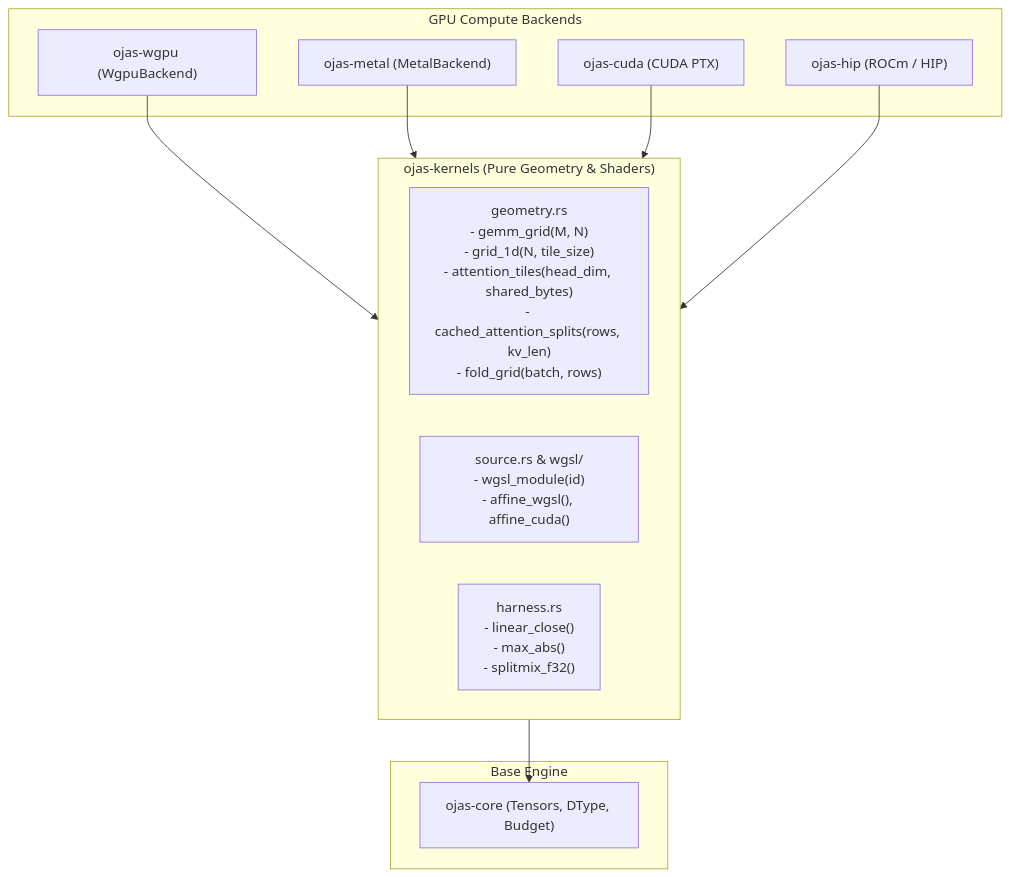
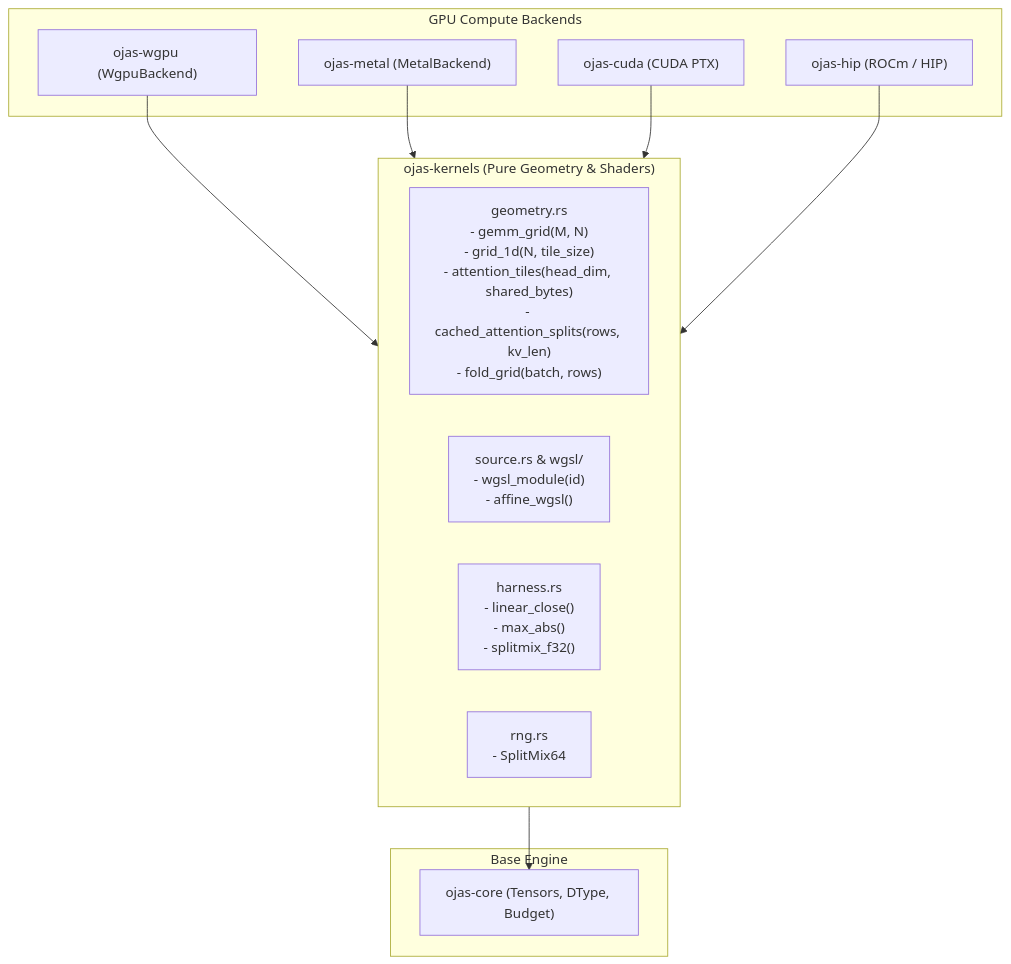
The first of 3 diagrams in ojas-kernels/README.md (bharathvbcr/ojas), drawn with Mermaid before and after one commit. The commit also changed other lines of this file and 43 other files, not shown here.

````diff
--- a/ojas-kernels/README.md
+++ b/ojas-kernels/README.md
@@ -14,25 +14,26 @@
 ```mermaid
 flowchart TD
     subgraph Consumers["GPU Compute Backends"]
         WGPU["ojas-wgpu (WgpuBackend)"]
         Metal["ojas-metal (MetalBackend)"]
         CUDA["ojas-cuda (CUDA PTX)"]
         HIP["ojas-hip (ROCm / HIP)"]
     end
 
     subgraph KernelSubstrate["ojas-kernels (Pure Geometry & Shaders)"]
         Geo["geometry.rs\n- gemm_grid(M, N)\n- grid_1d(N, tile_size)\n- attention_tiles(head_dim, shared_bytes)\n- cached_attention_splits(rows, kv_len)\n- fold_grid(batch, rows)"]
-        Src["source.rs & wgsl/\n- wgsl_module(id)\n- affine_wgsl(), affine_cuda()"]
+        Src["source.rs & wgsl/\n- wgsl_module(id)\n- affine_wgsl()"]
         Harness["harness.rs\n- linear_close()\n- max_abs()\n- splitmix_f32()"]
+        Rng["rng.rs\n- SplitMix64"]
     end
 
     subgraph Core["Base Engine"]
         OjasCore["ojas-core (Tensors, DType, Budget)"]
     end
 
     WGPU --> KernelSubstrate
     Metal --> KernelSubstrate
     CUDA --> KernelSubstrate
     HIP --> KernelSubstrate
     KernelSubstrate --> OjasCore
 ```
````
